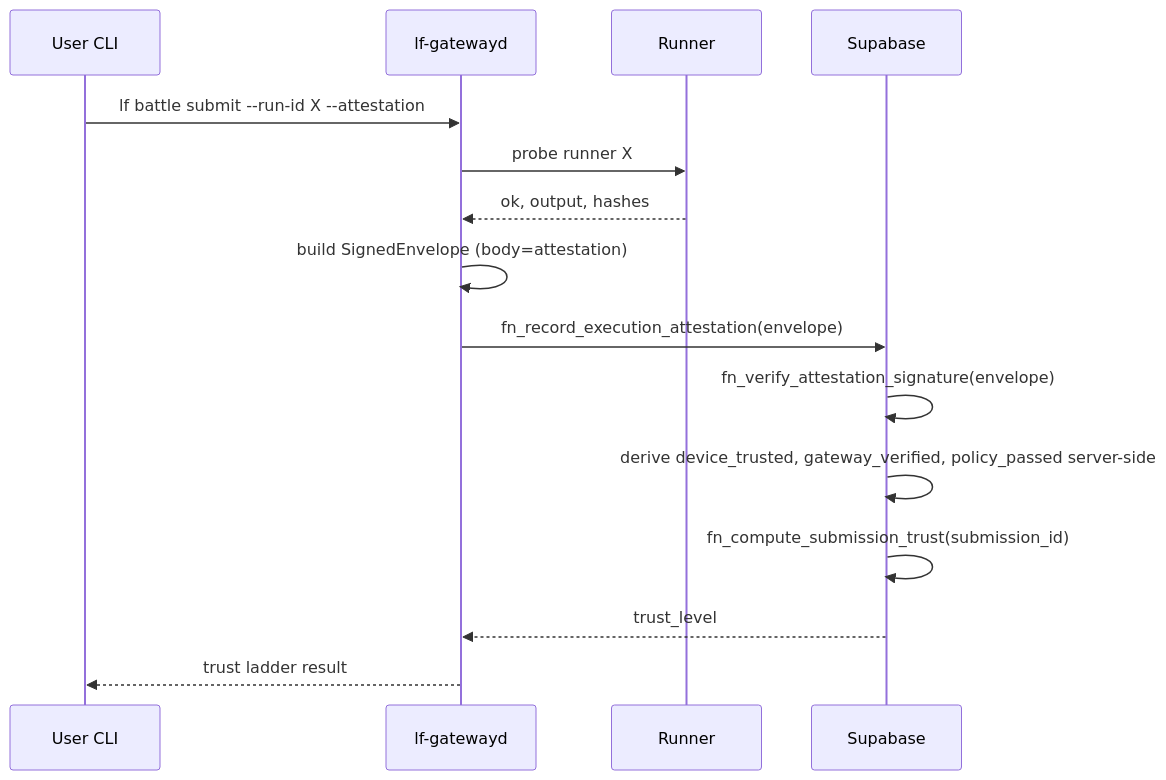
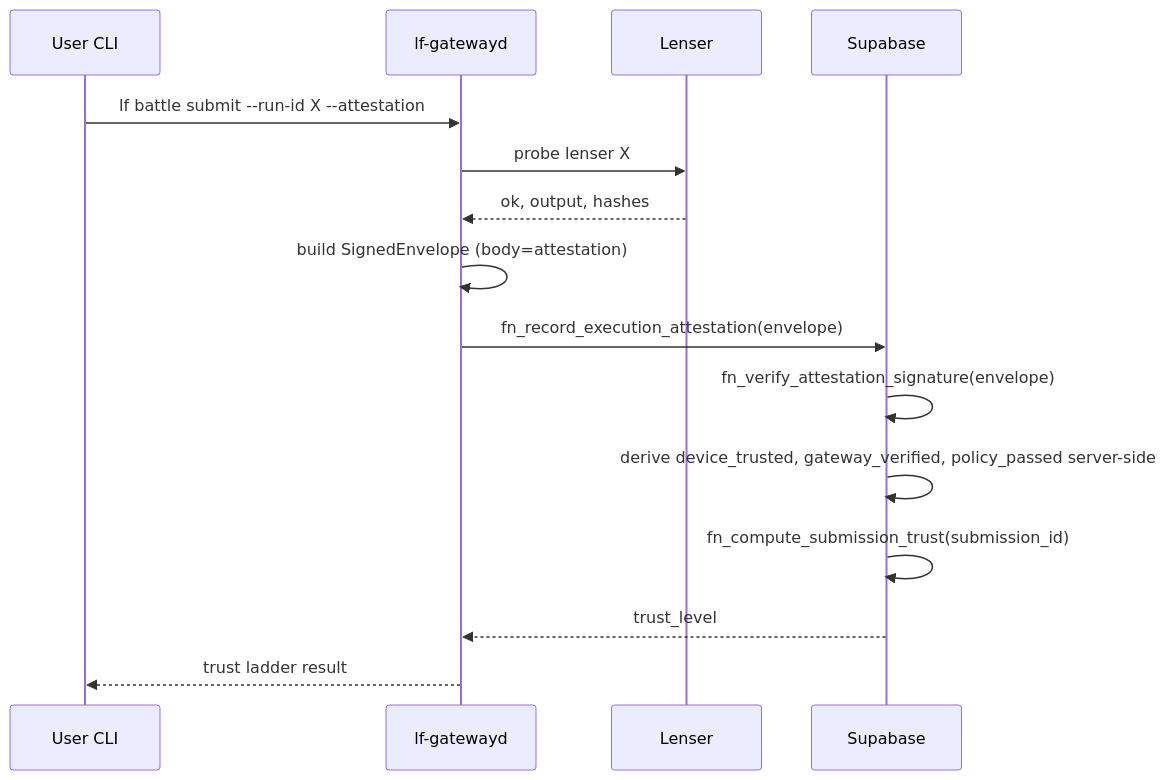
One commit to conectlens/lenserfight changed the second of 2 diagrams in docs/explanation/gateway/architecture.md. Above: the diagram before and after it, drawn with Mermaid. The commit also changed other lines of this file and 41 other files, not shown here.

Commit message:
refactor: rename CLI 'runner' commands and arguments to 'lenser' across all documentation files

````diff
--- a/docs/explanation/gateway/architecture.md
+++ b/docs/explanation/gateway/architecture.md
@@ -78,17 +78,17 @@
 ```mermaid
 sequenceDiagram
   participant U as User CLI
   participant D as lf-gatewayd
-  participant R as Runner
+  participant R as Lenser
   participant S as Supabase
   U->>D: lf battle submit --run-id X --attestation
-  D->>R: probe runner X
+  D->>R: probe lenser X
   R-->>D: ok, output, hashes
   D->>D: build SignedEnvelope (body=attestation)
   D->>S: fn_record_execution_attestation(envelope)
   S->>S: fn_verify_attestation_signature(envelope)
   S->>S: derive device_trusted, gateway_verified, policy_passed server-side
   S->>S: fn_compute_submission_trust(submission_id)
   S-->>D: trust_level
   D-->>U: trust ladder result
 ```
````
